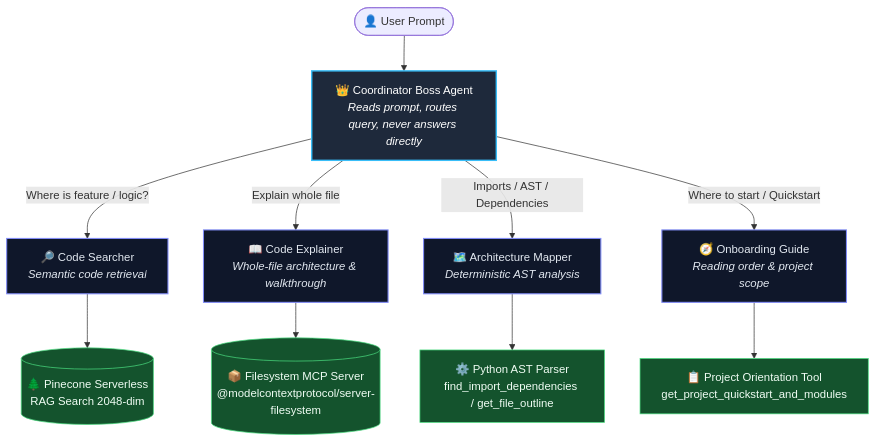
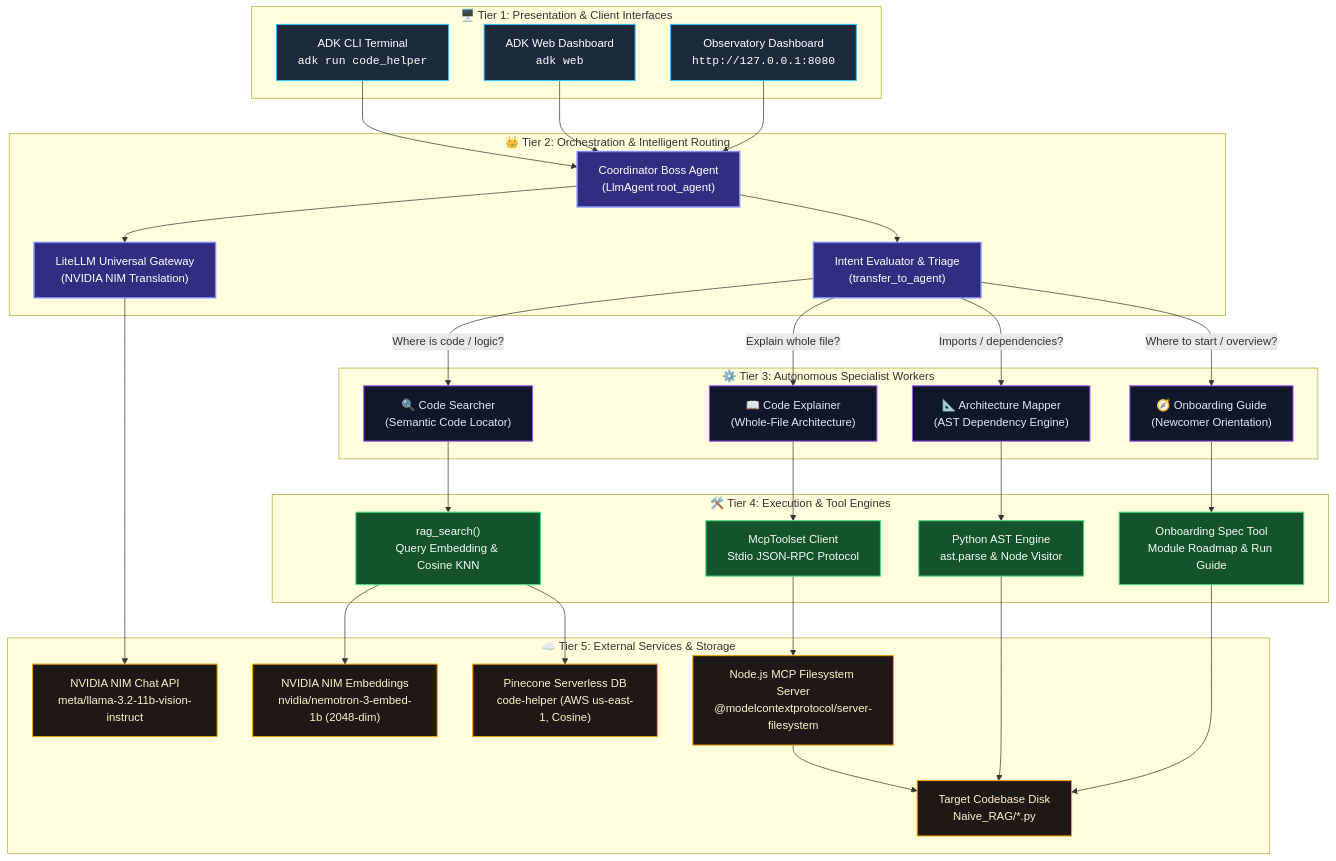
Before and after one commit to tanishka-jadhav/CODE-HELPER-: the diagram in README.md, drawn with Mermaid. The commit also changed other lines of this file and 1 other file, not shown here.

Commit message:
docs: add presentation notes.md and expand README with 5-tier system architecture

````diff
--- a/README.md
+++ b/README.md
@@ -55,21 +57,79 @@
 ```mermaid
 graph TD
-    User([👤 User Prompt]) --> Boss[👑 Coordinator Boss Agent<br/><i>Reads prompt, routes query, never answers directly</i>]
-    
-    Boss -->|Where is feature / logic?| W1[🔎 Code Searcher<br/><i>Semantic code retrieval</i>]
-    Boss -->|Explain whole file| W2[📖 Code Explainer<br/><i>Whole-file architecture & walkthrough</i>]
-    Boss -->|Imports / AST / Dependencies| W3[🗺️ Architecture Mapper<br/><i>Deterministic AST analysis</i>]
-    Boss -->|Where to start / Quickstart| W4[🧭 Onboarding Guide<br/><i>Reading order & project scope</i>]
-    
-    W1 --> T1[(🌲 Pinecone Serverless<br/>RAG Search 2048-dim)]
-    W2 --> T2[(📦 Filesystem MCP Server<br/>@modelcontextprotocol/server-filesystem)]
-    W3 --> T3[⚙️ Python AST Parser<br/>find_import_dependencies / get_file_outline]
-    W4 --> T4[📋 Project Orientation Tool<br/>get_project_quickstart_and_modules]
+    %% Tier 1: Client Interfaces
+    subgraph TIER_CLIENT ["🖥️ Tier 1: Presentation & Client Interfaces"]
+        CLI["ADK CLI Terminal<br/><code>adk run code_helper</code>"]
+        WEB["ADK Web Dashboard<br/><code>adk web</code>"]
+        OBS["Observatory Dashboard<br/><code>http://127.0.0.1:8080</code>"]
+    end
 
-    classDef boss fill:#1E293B,stroke:#38BDF8,stroke-width:2px,color:#FFFFFF;
-    classDef worker fill:#0F172A,stroke:#818CF8,stroke-width:1.5px,color:#E2E8F0;
-    classDef tool fill:#14532D,stroke:#4ADE80,stroke-width:1px,color:#F0FDF4;
-    class Boss boss;
-    class W1,W2,W3,W4 worker;
-    class T1,T2,T3,T4 tool;
+    %% Tier 2: Coordinator & Gateway
+    subgraph TIER_ROUTING ["👑 Tier 2: Orchestration & Intelligent Routing"]
+        BOSS["Coordinator Boss Agent<br/>(LlmAgent root_agent)"]
+        LITELLM["LiteLLM Universal Gateway<br/>(NVIDIA NIM Translation)"]
+        ROUTER["Intent Evaluator & Triage<br/>(transfer_to_agent)"]
+    end
+
+    %% Tier 3: Specialized Workers
+    subgraph TIER_WORKERS ["⚙️ Tier 3: Autonomous Specialist Workers"]
+        W_SEARCH["🔍 Code Searcher<br/>(Semantic Code Locator)"]
+        W_EXPLAIN["📖 Code Explainer<br/>(Whole-File Architecture)"]
+        W_MAPPER["📐 Architecture Mapper<br/>(AST Dependency Engine)"]
+        W_GUIDE["🧭 Onboarding Guide<br/>(Newcomer Orientation)"]
+    end
+
+    %% Tier 4: Tool Execution Engines
+    subgraph TIER_TOOLS ["🛠️ Tier 4: Execution & Tool Engines"]
+        T_RAG["rag_search()<br/>Query Embedding & Cosine KNN"]
+        T_MCP["McpToolset Client<br/>Stdio JSON-RPC Protocol"]
+        T_AST["Python AST Engine<br/>ast.parse & Node Visitor"]
+        T_GUIDE["Onboarding Spec Tool<br/>Module Roadmap & Run Guide"]
+    end
+
+    %% Tier 5: External Services & Storage
+    subgraph TIER_INFRA ["☁️ Tier 5: External Services & Storage"]
+        NVIDIA_LLM["NVIDIA NIM Chat API<br/>meta/llama-3.2-11b-vision-instruct"]
+        NVIDIA_EMBED["NVIDIA NIM Embeddings<br/>nvidia/nemotron-3-embed-1b (2048-dim)"]
+        PINECONE["Pinecone Serverless DB<br/>code-helper (AWS us-east-1, Cosine)"]
+        MCP_SERVER["Node.js MCP Filesystem Server<br/>@modelcontextprotocol/server-filesystem"]
+        TARGET_CODE["Target Codebase Disk<br/>Naive_RAG/*.py"]
+    end
+
+    %% Cross-Tier Connections
+    CLI --> BOSS
+    WEB --> BOSS
+    OBS --> BOSS
+
+    BOSS --> LITELLM
+    LITELLM --> NVIDIA_LLM
+    BOSS --> ROUTER
+
+    ROUTER -->|Where is code / logic?| W_SEARCH
+    ROUTER -->|Explain whole file?| W_EXPLAIN
+    ROUTER -->|Imports / dependencies?| W_MAPPER
+    ROUTER -->|Where to start / overview?| W_GUIDE
+
+    W_SEARCH --> T_RAG
+    W_EXPLAIN --> T_MCP
+    W_MAPPER --> T_AST
+    W_GUIDE --> T_GUIDE
+
+    T_RAG --> NVIDIA_EMBED
+    T_RAG --> PINECONE
+    T_MCP --> MCP_SERVER
+    MCP_SERVER --> TARGET_CODE
+    T_AST --> TARGET_CODE
+    T_GUIDE --> TARGET_CODE
+
+    classDef client fill:#1E293B,stroke:#38BDF8,stroke-width:1.5px,color:#FFFFFF;
+    classDef boss fill:#312E81,stroke:#818CF8,stroke-width:2px,color:#FFFFFF;
+    classDef worker fill:#0F172A,stroke:#A855F7,stroke-width:1.5px,color:#E2E8F0;
+    classDef tool fill:#14532D,stroke:#4ADE80,stroke-width:1.5px,color:#F0FDF4;
+    classDef infra fill:#1C1917,stroke:#F59E0B,stroke-width:1.5px,color:#FEF3C7;
+
+    class CLI,WEB,OBS client;
+    class BOSS,LITELLM,ROUTER boss;
+    class W_SEARCH,W_EXPLAIN,W_MAPPER,W_GUIDE worker;
+    class T_RAG,T_MCP,T_AST,T_GUIDE tool;
+    class NVIDIA_LLM,NVIDIA_EMBED,PINECONE,MCP_SERVER,TARGET_CODE infra;
 ```
````
